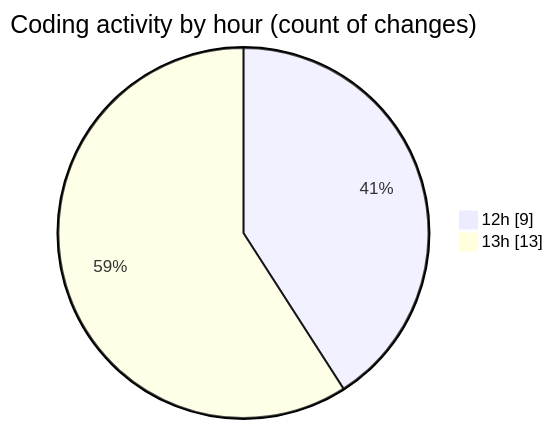
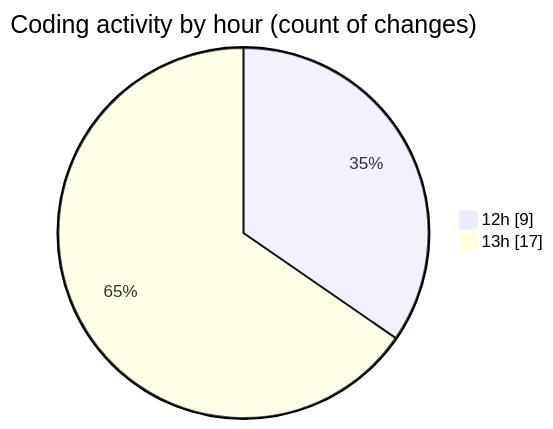
Before and after one commit to hasnaa123/code-tracking: the second of 2 diagrams in 2026-10-25/taskforge/README.md, drawn with Mermaid. The commit also changed other lines of this file and 1 other file, not shown here.

````diff
--- a/2026-10-25/taskforge/README.md
+++ b/2026-10-25/taskforge/README.md
@@ -29,6 +29,6 @@
 ```mermaid
 pie showData
 title Coding activity by hour (count of changes)
 "12h" : 9
-"13h" : 13
+"13h" : 17
 ```
````
